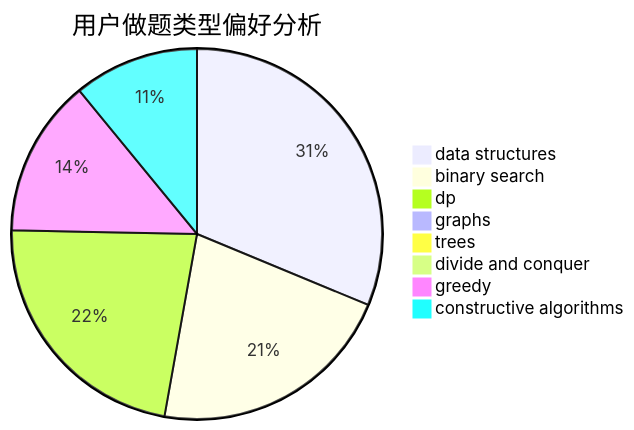
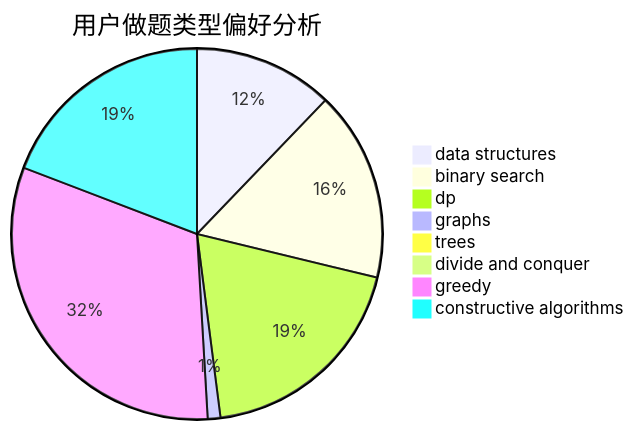
One commit to sherpahu/cfrs.github.io changed the second of 3 diagrams in docs/user/u1324.md. Above: the diagram before and after it, drawn with Mermaid. The commit also changed other lines of this file and 2770 other files, not shown here.

````diff
--- a/docs/user/u1324.md
+++ b/docs/user/u1324.md
@@ -23,11 +23,11 @@
 ```mermaid
 pie title 用户做题类型偏好分析
-    "data structures" :  100
-    "binary search" :  69
-    "dp" :  72
-    "graphs" :  1
+    "data structures" :  33
+    "binary search" :  45
+    "dp" :  52
+    "graphs" :  3
     "trees" :  2
     "divide and conquer" :  0
-    "greedy" :  44
-    "constructive algorithms" :  35
+    "greedy" :  86
+    "constructive algorithms" :  52
 ```
````
